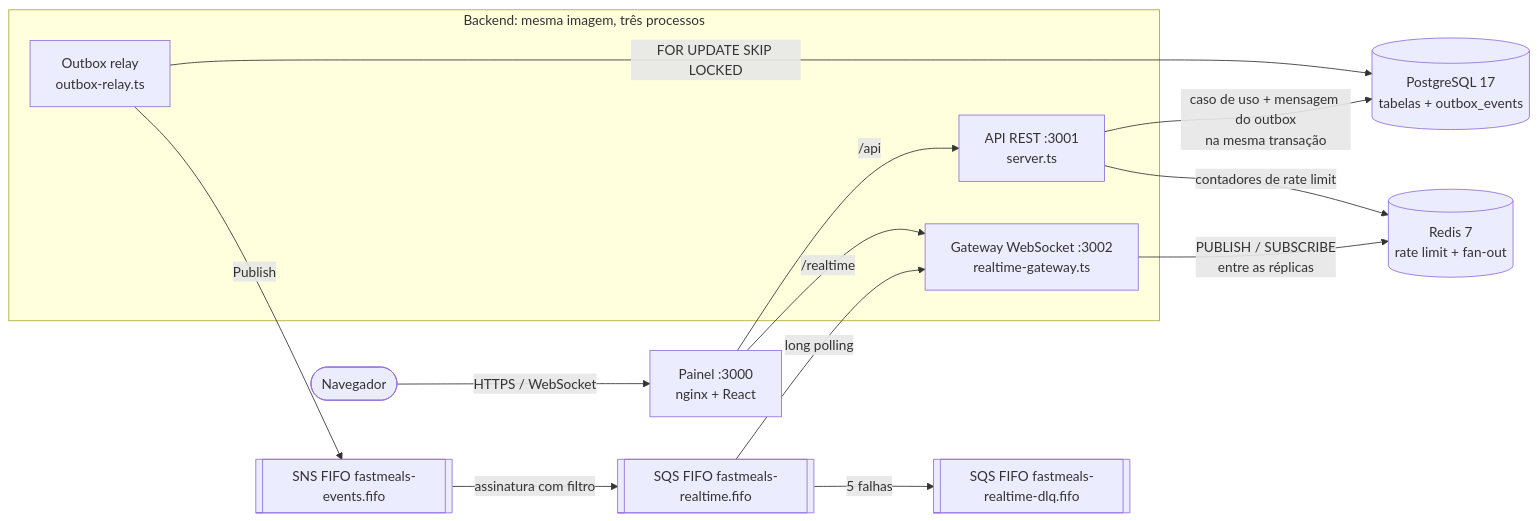
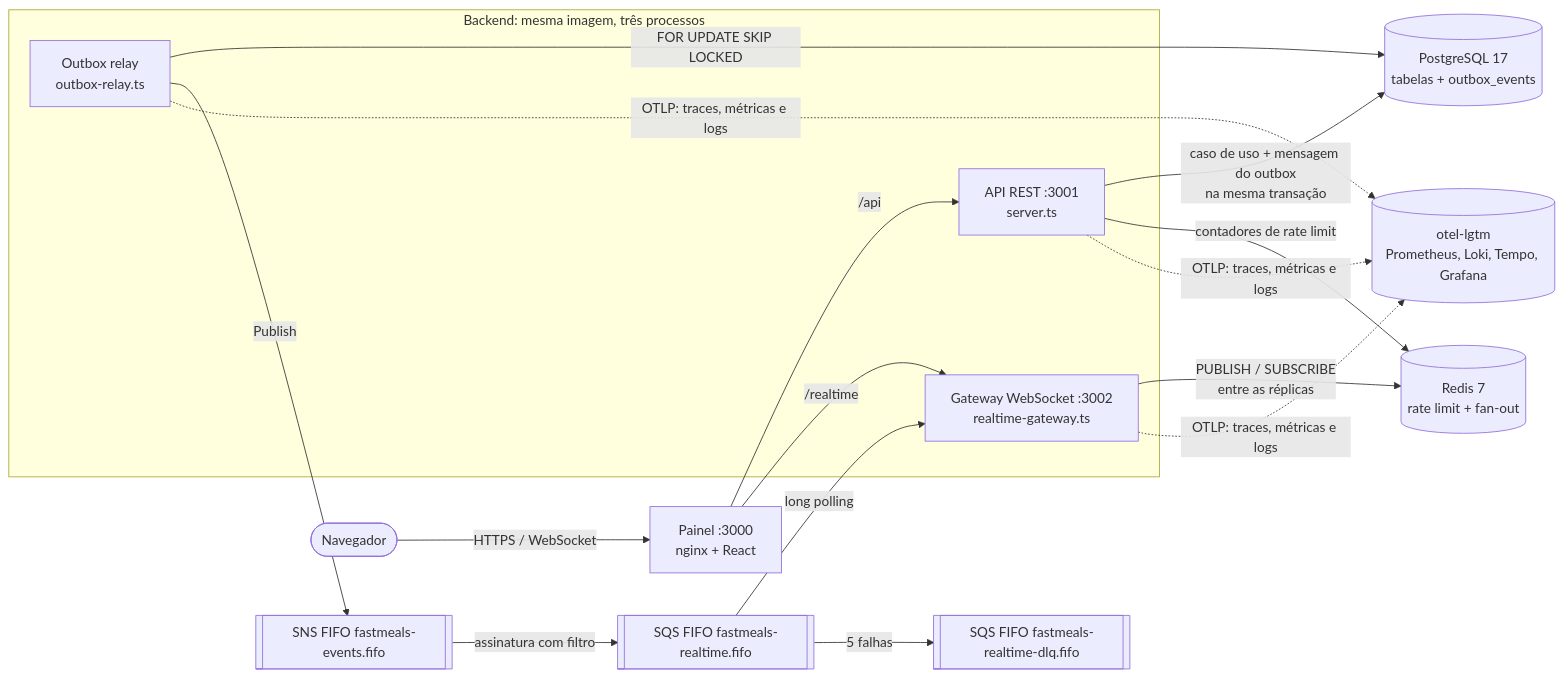
The first of 4 diagrams in DECISIONS.md (gftf2011/eyecarehealth-take-home-typescript-react), drawn with Mermaid before and after one commit. The commit also changed other lines of this file, not shown here.

````diff
--- a/DECISIONS.md
+++ b/DECISIONS.md
@@ -23,29 +23,31 @@
 ```mermaid
 flowchart LR
     navegador([Navegador])
     painel[Painel :3000<br/>nginx + React]
 
     subgraph processos[Backend: mesma imagem, três processos]
         api[API REST :3001<br/>server.ts]
         relay[Outbox relay<br/>outbox-relay.ts]
         gw[Gateway WebSocket :3002<br/>realtime-gateway.ts]
     end
 
     pg[(PostgreSQL 17<br/>tabelas + outbox_events)]
     redis[(Redis 7<br/>rate limit + fan-out)]
     sns[[SNS FIFO fastmeals-events.fifo]]
     sqs[[SQS FIFO fastmeals-realtime.fifo]]
     dlq[[SQS FIFO fastmeals-realtime-dlq.fifo]]
+    lgtm[(otel-lgtm<br/>Prometheus, Loki, Tempo, Grafana)]
 
     navegador -- HTTPS / WebSocket --> painel
     painel -- /api --> api
     api -- caso de uso + mensagem do outbox<br/>na mesma transação --> pg
     api -- contadores de rate limit --> redis
     relay -- FOR UPDATE SKIP LOCKED --> pg
     relay -- Publish --> sns
     sns -- assinatura com filtro --> sqs
     sqs -- 5 falhas --> dlq
     sqs -- long polling --> gw
     gw -- PUBLISH / SUBSCRIBE<br/>entre as réplicas --> redis
+    api & relay & gw -. OTLP: traces, métricas e logs .-> lgtm
     painel -- /realtime --> gw
 ```
````
